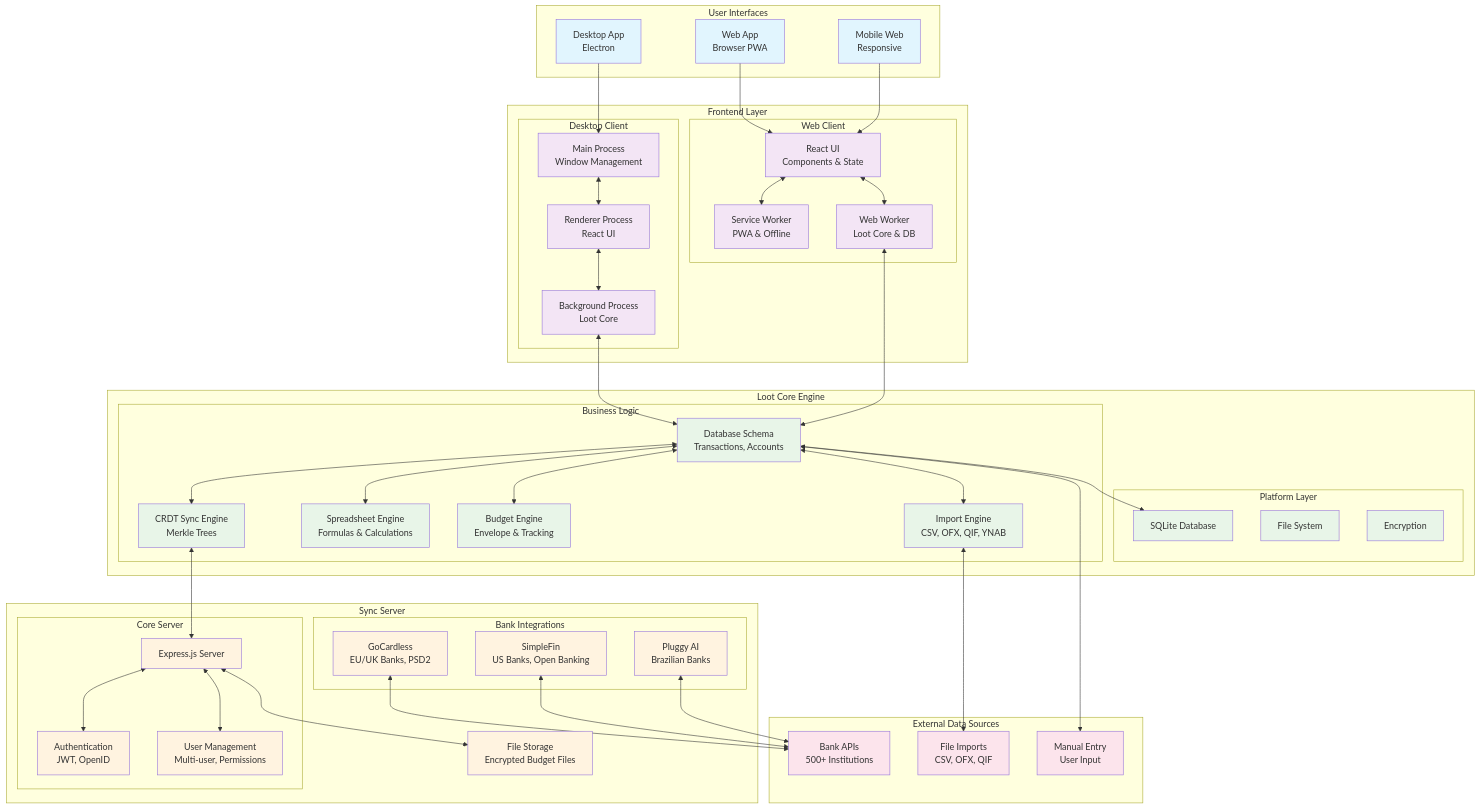
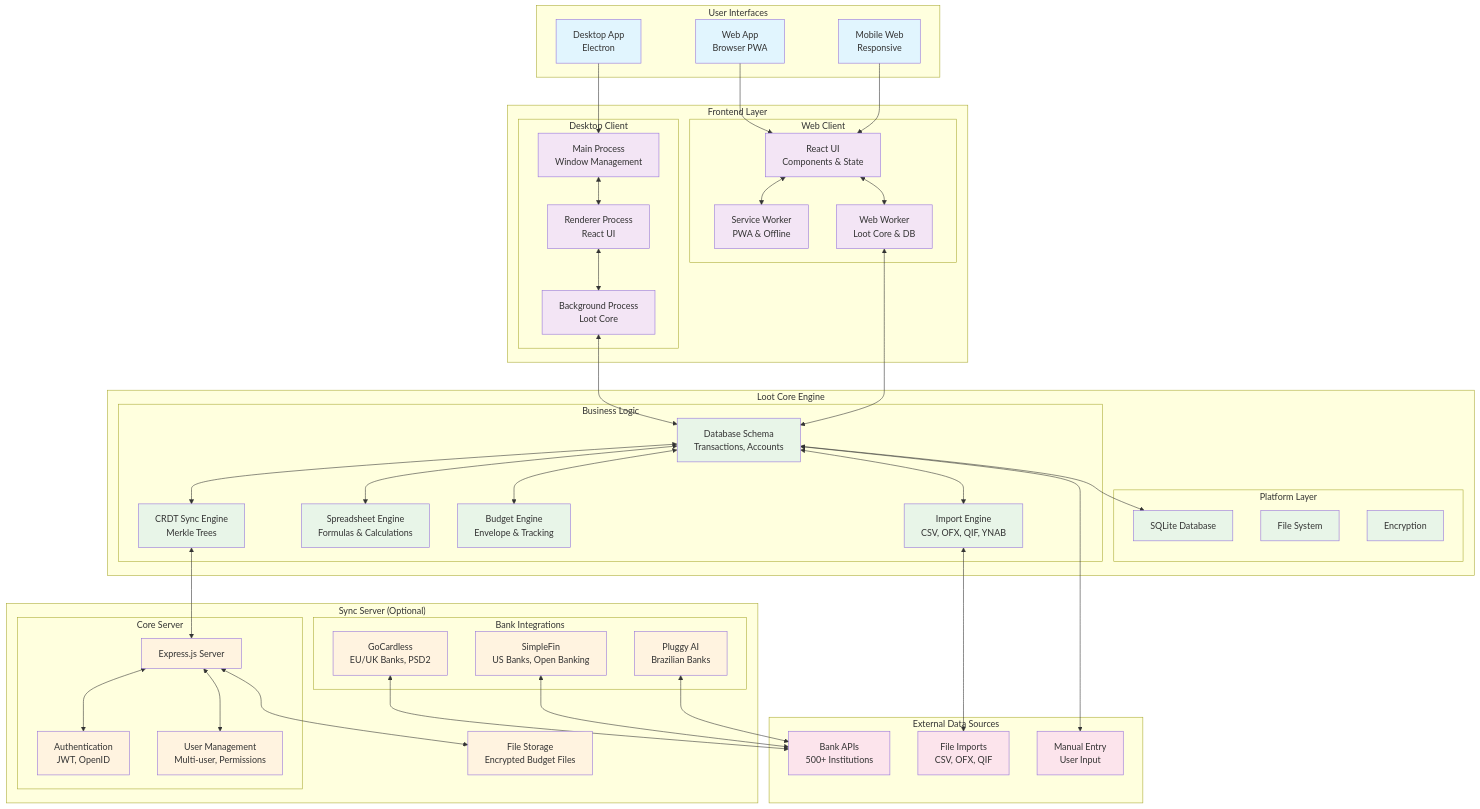
Before and after one commit to actualbudget/docs: the seventh of 9 diagrams in docs/contributing/project-details/architecture-diagram.md, drawn with Mermaid. The commit also changed other lines of this file and 3 other files, not shown here.

Commit message:
arch diagram updates

```diff
--- a/docs/contributing/project-details/architecture-diagram.md
+++ b/docs/contributing/project-details/architecture-diagram.md
@@ -320,7 +284,7 @@
     end
 
     %% Backend Layer
-    subgraph "Sync Server"
+    subgraph "Sync Server (Optional)"
         subgraph "Core Server"
             ExpressJS[Express.js Server]
             Auth[Authentication<br/>JWT, OpenID]
```
